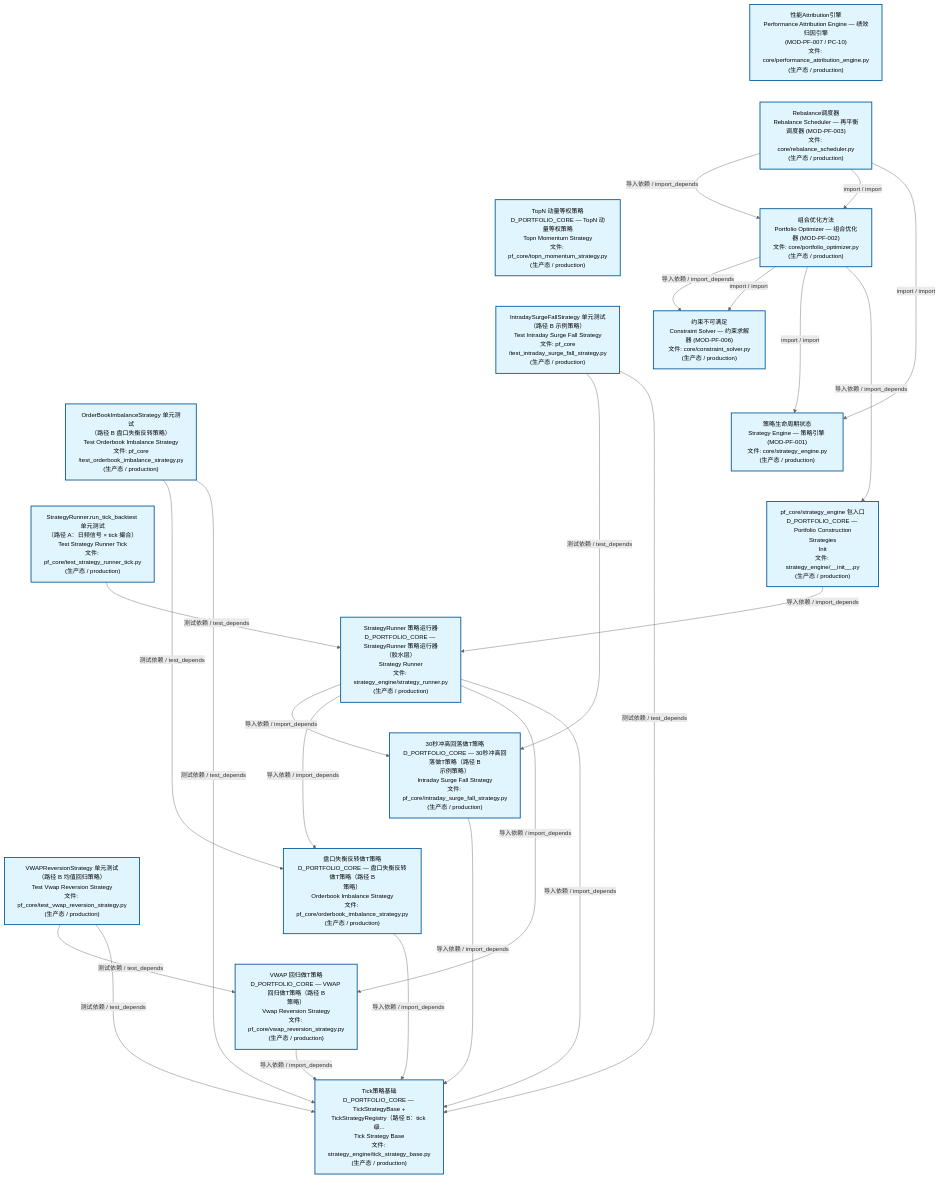
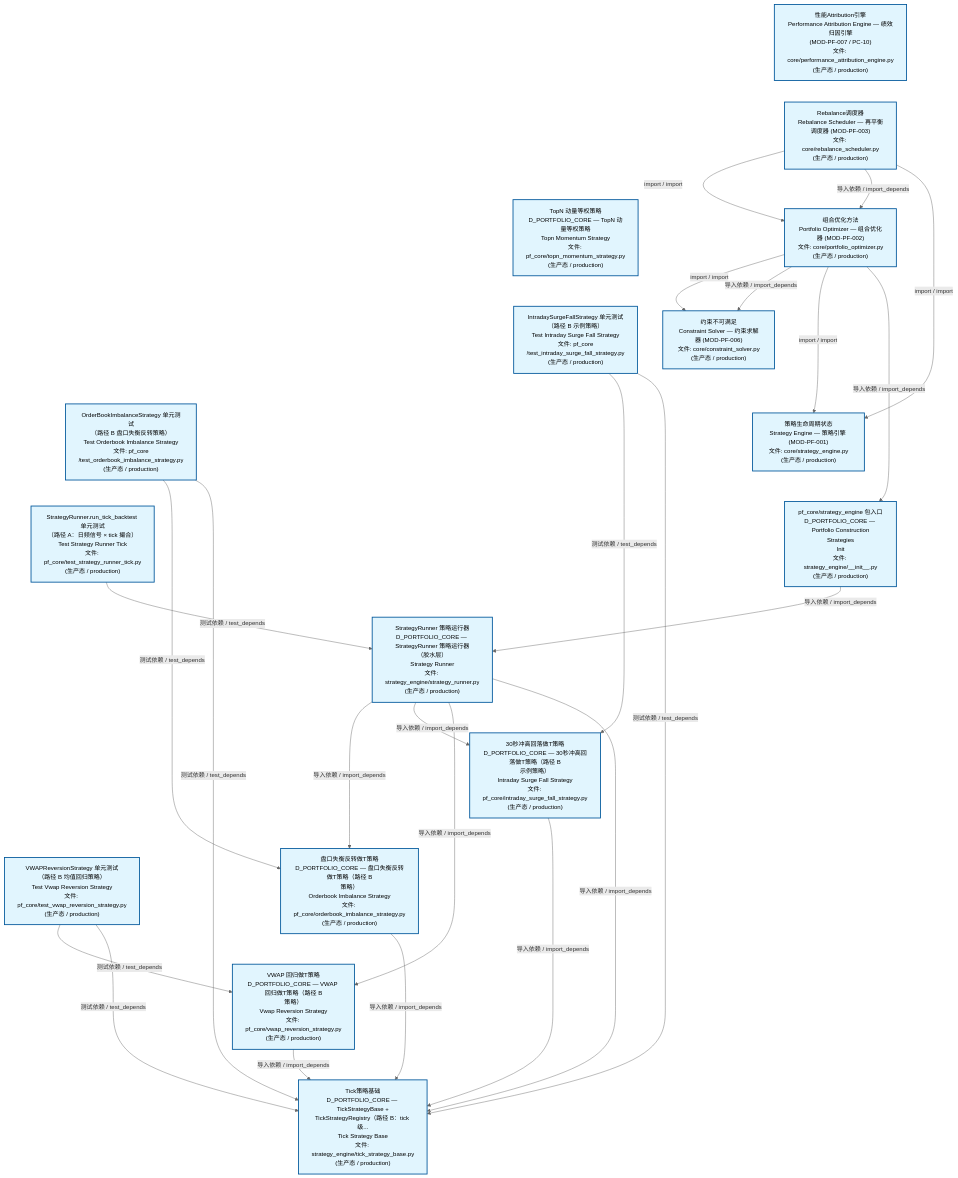
The second of 3 diagrams in docs/02_enterprise_architecture/02_domain_architecture_docs/63_d_pf_core.md (xuanFelixVan/ZephyrAlpha), drawn with Mermaid before and after one commit. The commit also changed other lines of this file and 45 other files, not shown here.

````diff
--- a/docs/02_enterprise_architecture/02_domain_architecture_docs/63_d_pf_core.md
+++ b/docs/02_enterprise_architecture/02_domain_architecture_docs/63_d_pf_core.md
@@ -140,57 +140,57 @@
 ```mermaid
 %%{init: {'theme': 'base', 'themeVariables': {'primaryColor': '#eaeaea', 'primaryTextColor': '#333333', 'primaryBorderColor': '#666666', 'lineColor': '#666666', 'secondaryColor': '#eaeaea', 'tertiaryColor': '#eaeaea', 'fontSize': '14px'}}}%%
 flowchart TD
     src_zephyr_pf_core_core_performance_attribution_engine_py["性能Attribution引擎<br/>Performance Attribution Engine — 绩效归因引擎<br/>(MOD-PF-007 / PC-10)<br/>文件: core/performance_attribution_engine.py<br/>(生产态 / production)"]
     src_zephyr_pf_core_core_rebalance_scheduler_py["Rebalance调度器<br/>Rebalance Scheduler — 再平衡调度器 (MOD-PF-003)<br/>文件: core/rebalance_scheduler.py<br/>(生产态 / production)"]
     src_zephyr_pf_core_topn_momentum_strategy_py["TopN 动量等权策略<br/>D_PORTFOLIO_CORE — TopN 动量等权策略<br/>Topn Momentum Strategy<br/>文件: pf_core/topn_momentum_strategy.py<br/>(生产态 / production)"]
     tests_pf_core_test_intraday_surge_fall_strategy_py["IntradaySurgeFallStrategy 单元测试<br/>（路径 B 示例策略）<br/>Test Intraday Surge Fall Strategy<br/>文件: pf_core<br/>/test_intraday_surge_fall_strategy.py<br/>(生产态 / production)"]
     tests_pf_core_test_orderbook_imbalance_strategy_py["OrderBookImbalanceStrategy 单元测试<br/>（路径 B 盘口失衡反转策略）<br/>Test Orderbook Imbalance Strategy<br/>文件: pf_core<br/>/test_orderbook_imbalance_strategy.py<br/>(生产态 / production)"]
     tests_pf_core_test_strategy_runner_tick_py["StrategyRunner.run_tick_backtest 单元测试<br/>（路径 A：日频信号 × tick 撮合）<br/>Test Strategy Runner Tick<br/>文件: pf_core/test_strategy_runner_tick.py<br/>(生产态 / production)"]
     tests_pf_core_test_vwap_reversion_strategy_py["VWAPReversionStrategy 单元测试<br/>（路径 B 均值回归策略）<br/>Test Vwap Reversion Strategy<br/>文件: pf_core/test_vwap_reversion_strategy.py<br/>(生产态 / production)"]
     src_zephyr_pf_core_core_performance_attribution_engine_py ~~~ src_zephyr_pf_core_core_rebalance_scheduler_py
     src_zephyr_pf_core_core_rebalance_scheduler_py ~~~ src_zephyr_pf_core_topn_momentum_strategy_py
     src_zephyr_pf_core_topn_momentum_strategy_py ~~~ tests_pf_core_test_intraday_surge_fall_strategy_py
     tests_pf_core_test_intraday_surge_fall_strategy_py ~~~ tests_pf_core_test_orderbook_imbalance_strategy_py
     tests_pf_core_test_orderbook_imbalance_strategy_py ~~~ tests_pf_core_test_strategy_runner_tick_py
     tests_pf_core_test_strategy_runner_tick_py ~~~ tests_pf_core_test_vwap_reversion_strategy_py
     src_zephyr_pf_core_core_portfolio_optimizer_py["组合优化方法<br/>Portfolio Optimizer — 组合优化器 (MOD-PF-002)<br/>文件: core/portfolio_optimizer.py<br/>(生产态 / production)"]
     src_zephyr_pf_core_core_constraint_solver_py["约束不可满足<br/>Constraint Solver — 约束求解器 (MOD-PF-006)<br/>文件: core/constraint_solver.py<br/>(生产态 / production)"]
     src_zephyr_pf_core_core_strategy_engine_py["策略生命周期状态<br/>Strategy Engine — 策略引擎 (MOD-PF-001)<br/>文件: core/strategy_engine.py<br/>(生产态 / production)"]
     src_zephyr_pf_core_strategy_engine_init_py["pf_core/strategy_engine 包入口<br/>D_PORTFOLIO_CORE — Portfolio Construction<br/>Strategies<br/>Init<br/>文件: strategy_engine/__init__.py<br/>(生产态 / production)"]
     src_zephyr_pf_core_core_constraint_solver_py ~~~ src_zephyr_pf_core_core_strategy_engine_py
     src_zephyr_pf_core_core_strategy_engine_py ~~~ src_zephyr_pf_core_strategy_engine_init_py
     src_zephyr_pf_core_strategy_engine_strategy_runner_py["StrategyRunner 策略运行器<br/>D_PORTFOLIO_CORE — StrategyRunner 策略运行器<br/>（胶水层）<br/>Strategy Runner<br/>文件: strategy_engine/strategy_runner.py<br/>(生产态 / production)"]
     src_zephyr_pf_core_intraday_surge_fall_strategy_py["30秒冲高回落做T策略<br/>D_PORTFOLIO_CORE — 30秒冲高回落做T策略（路径 B<br/>示例策略）<br/>Intraday Surge Fall Strategy<br/>文件: pf_core/intraday_surge_fall_strategy.py<br/>(生产态 / production)"]
     src_zephyr_pf_core_orderbook_imbalance_strategy_py["盘口失衡反转做T策略<br/>D_PORTFOLIO_CORE — 盘口失衡反转做T策略（路径 B<br/>策略）<br/>Orderbook Imbalance Strategy<br/>文件: pf_core/orderbook_imbalance_strategy.py<br/>(生产态 / production)"]
     src_zephyr_pf_core_vwap_reversion_strategy_py["VWAP 回归做T策略<br/>D_PORTFOLIO_CORE — VWAP 回归做T策略（路径 B<br/>策略）<br/>Vwap Reversion Strategy<br/>文件: pf_core/vwap_reversion_strategy.py<br/>(生产态 / production)"]
     src_zephyr_pf_core_intraday_surge_fall_strategy_py ~~~ src_zephyr_pf_core_orderbook_imbalance_strategy_py
     src_zephyr_pf_core_orderbook_imbalance_strategy_py ~~~ src_zephyr_pf_core_vwap_reversion_strategy_py
     src_zephyr_pf_core_strategy_engine_tick_strategy_base_py["Tick策略基础<br/>D_PORTFOLIO_CORE — TickStrategyBase +<br/>TickStrategyRegistry（路径 B：tick 级...<br/>Tick Strategy Base<br/>文件: strategy_engine/tick_strategy_base.py<br/>(生产态 / production)"]
+    src_zephyr_pf_core_orderbook_imbalance_strategy_py -->|导入依赖 / import_depends| src_zephyr_pf_core_strategy_engine_tick_strategy_base_py
     src_zephyr_pf_core_intraday_surge_fall_strategy_py -->|导入依赖 / import_depends| src_zephyr_pf_core_strategy_engine_tick_strategy_base_py
-    src_zephyr_pf_core_orderbook_imbalance_strategy_py -->|导入依赖 / import_depends| src_zephyr_pf_core_strategy_engine_tick_strategy_base_py
     src_zephyr_pf_core_vwap_reversion_strategy_py -->|导入依赖 / import_depends| src_zephyr_pf_core_strategy_engine_tick_strategy_base_py
+    src_zephyr_pf_core_core_portfolio_optimizer_py -->|import / import| src_zephyr_pf_core_core_constraint_solver_py
     src_zephyr_pf_core_core_portfolio_optimizer_py -->|导入依赖 / import_depends| src_zephyr_pf_core_core_constraint_solver_py
-    src_zephyr_pf_core_core_portfolio_optimizer_py -->|import / import| src_zephyr_pf_core_core_constraint_solver_py
     src_zephyr_pf_core_core_portfolio_optimizer_py -->|import / import| src_zephyr_pf_core_core_strategy_engine_py
     src_zephyr_pf_core_core_portfolio_optimizer_py -->|导入依赖 / import_depends| src_zephyr_pf_core_strategy_engine_init_py
+    src_zephyr_pf_core_core_rebalance_scheduler_py -->|import / import| src_zephyr_pf_core_core_portfolio_optimizer_py
     src_zephyr_pf_core_core_rebalance_scheduler_py -->|导入依赖 / import_depends| src_zephyr_pf_core_core_portfolio_optimizer_py
-    src_zephyr_pf_core_core_rebalance_scheduler_py -->|import / import| src_zephyr_pf_core_core_portfolio_optimizer_py
     src_zephyr_pf_core_core_rebalance_scheduler_py -->|import / import| src_zephyr_pf_core_core_strategy_engine_py
+    src_zephyr_pf_core_strategy_engine_init_py -->|导入依赖 / import_depends| src_zephyr_pf_core_strategy_engine_strategy_runner_py
+    src_zephyr_pf_core_strategy_engine_strategy_runner_py -->|导入依赖 / import_depends| src_zephyr_pf_core_orderbook_imbalance_strategy_py
     src_zephyr_pf_core_strategy_engine_strategy_runner_py -->|导入依赖 / import_depends| src_zephyr_pf_core_intraday_surge_fall_strategy_py
-    src_zephyr_pf_core_strategy_engine_strategy_runner_py -->|导入依赖 / import_depends| src_zephyr_pf_core_orderbook_imbalance_strategy_py
     src_zephyr_pf_core_strategy_engine_strategy_runner_py -->|导入依赖 / import_depends| src_zephyr_pf_core_vwap_reversion_strategy_py
     src_zephyr_pf_core_strategy_engine_strategy_runner_py -->|导入依赖 / import_depends| src_zephyr_pf_core_strategy_engine_tick_strategy_base_py
-    src_zephyr_pf_core_strategy_engine_init_py -->|导入依赖 / import_depends| src_zephyr_pf_core_strategy_engine_strategy_runner_py
     tests_pf_core_test_intraday_surge_fall_strategy_py -->|测试依赖 / test_depends| src_zephyr_pf_core_intraday_surge_fall_strategy_py
     tests_pf_core_test_intraday_surge_fall_strategy_py -->|测试依赖 / test_depends| src_zephyr_pf_core_strategy_engine_tick_strategy_base_py
     tests_pf_core_test_orderbook_imbalance_strategy_py -->|测试依赖 / test_depends| src_zephyr_pf_core_orderbook_imbalance_strategy_py
     tests_pf_core_test_orderbook_imbalance_strategy_py -->|测试依赖 / test_depends| src_zephyr_pf_core_strategy_engine_tick_strategy_base_py
-    tests_pf_core_test_strategy_runner_tick_py -->|测试依赖 / test_depends| src_zephyr_pf_core_strategy_engine_strategy_runner_py
     tests_pf_core_test_vwap_reversion_strategy_py -->|测试依赖 / test_depends| src_zephyr_pf_core_vwap_reversion_strategy_py
     tests_pf_core_test_vwap_reversion_strategy_py -->|测试依赖 / test_depends| src_zephyr_pf_core_strategy_engine_tick_strategy_base_py
+    tests_pf_core_test_strategy_runner_tick_py -->|测试依赖 / test_depends| src_zephyr_pf_core_strategy_engine_strategy_runner_py
     classDef production fill:#e1f5fe,stroke:#01579b,stroke-width:2px,color:#000
     classDef design fill:#fff3e0,stroke:#e65100,stroke-width:2px,color:#000,stroke-dasharray: 5 5
     classDef external_prod fill:#e8f4fd,stroke:#0277bd,stroke-width:1px,color:#000
     classDef external_design fill:#fff8e7,stroke:#ef6c00,stroke-width:1px,color:#000,stroke-dasharray: 5 5
     class src_zephyr_pf_core_core_constraint_solver_py,src_zephyr_pf_core_core_performance_attribution_engine_py,src_zephyr_pf_core_core_portfolio_optimizer_py,src_zephyr_pf_core_core_rebalance_scheduler_py,src_zephyr_pf_core_core_strategy_engine_py,src_zephyr_pf_core_intraday_surge_fall_strategy_py,src_zephyr_pf_core_orderbook_imbalance_strategy_py,src_zephyr_pf_core_strategy_engine_init_py,src_zephyr_pf_core_strategy_engine_strategy_runner_py,src_zephyr_pf_core_strategy_engine_tick_strategy_base_py,src_zephyr_pf_core_topn_momentum_strategy_py,src_zephyr_pf_core_vwap_reversion_strategy_py,tests_pf_core_test_intraday_surge_fall_strategy_py,tests_pf_core_test_orderbook_imbalance_strategy_py,tests_pf_core_test_strategy_runner_tick_py,tests_pf_core_test_vwap_reversion_strategy_py production
 ```
````
